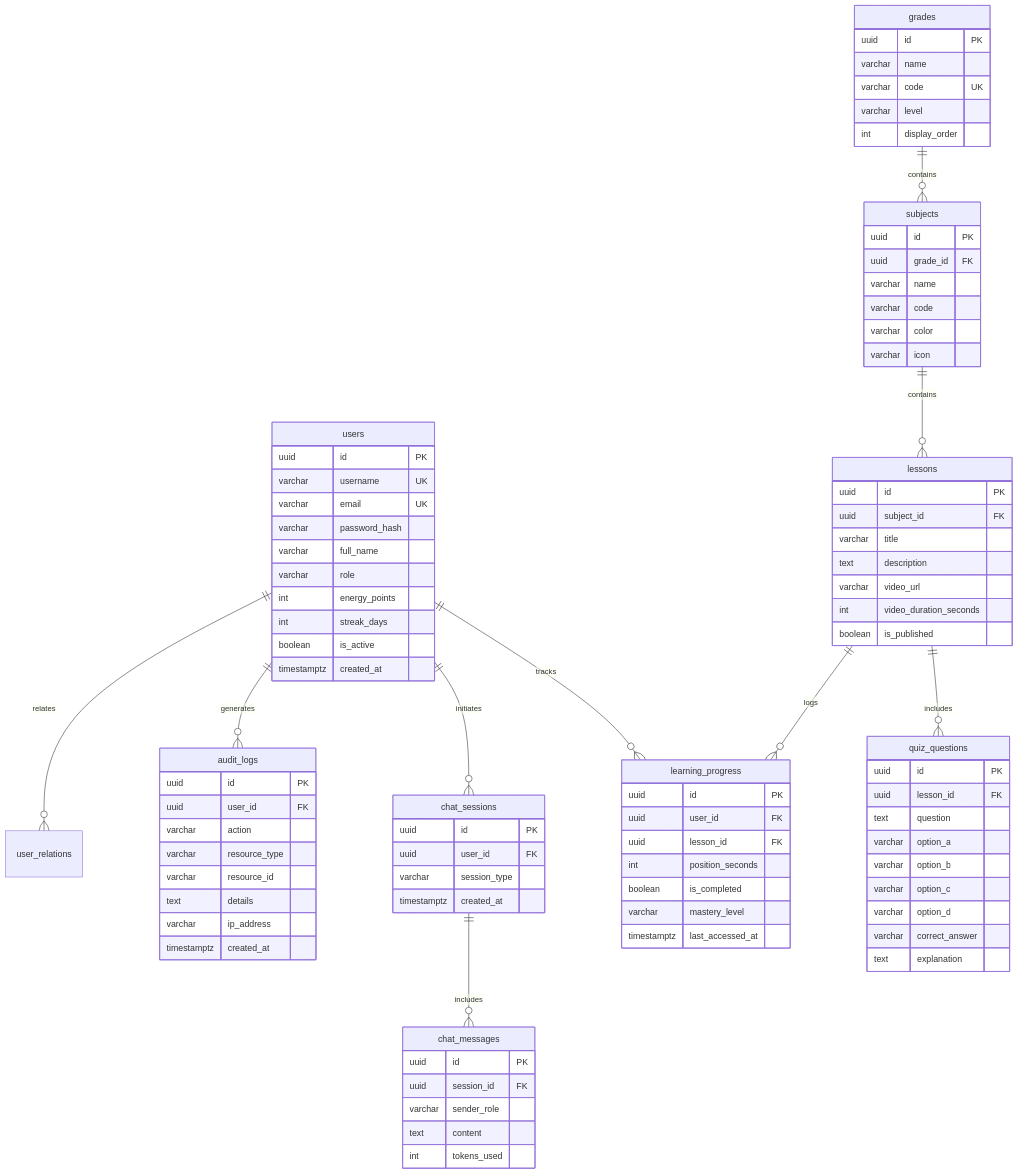
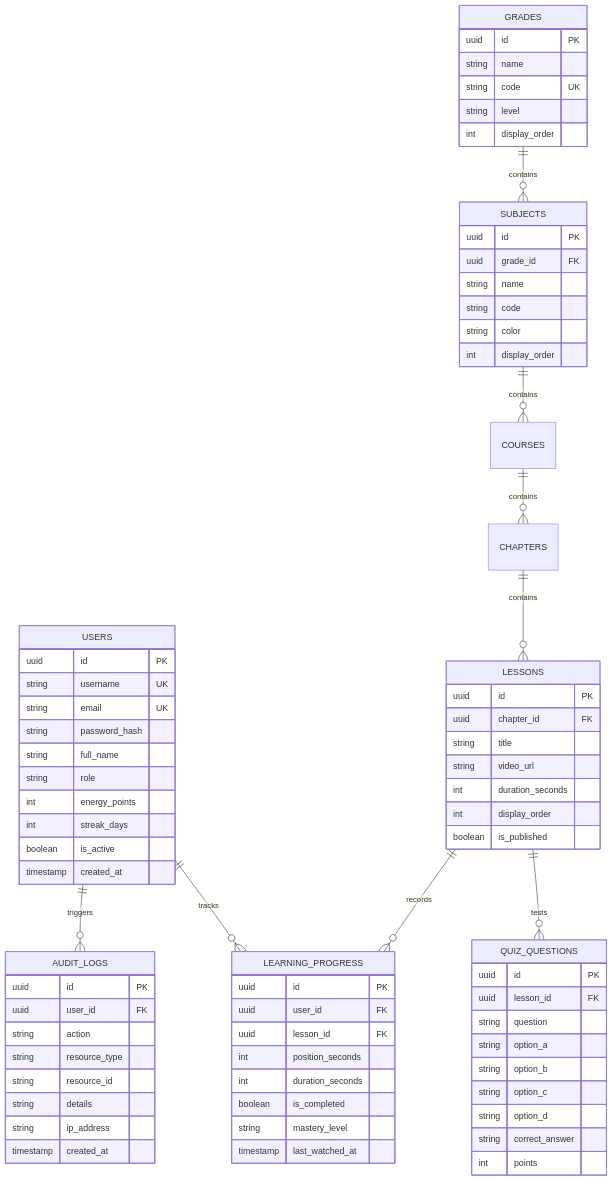
One commit to huywashere/DMKLab-Education changed the third of 3 diagrams in ARCHITECTURE.md. Above: the diagram before and after it, drawn with Mermaid. The commit also changed other lines of this file and 38 other files, not shown here.

````diff
--- a/ARCHITECTURE.md
+++ b/ARCHITECTURE.md
@@ -252,101 +176,85 @@
 ```mermaid
 erDiagram
-    users ||--o{ learning_progress : tracks
-    users ||--o{ chat_sessions : initiates
-    users ||--o{ audit_logs : generates
-    users ||--o{ user_relations : relates
+    USERS ||--o{ LEARNING_PROGRESS : "tracks"
+    USERS ||--o{ AUDIT_LOGS : "triggers"
+    GRADES ||--o{ SUBJECTS : "contains"
+    SUBJECTS ||--o{ COURSES : "contains"
+    COURSES ||--o{ CHAPTERS : "contains"
+    CHAPTERS ||--o{ LESSONS : "contains"
+    LESSONS ||--o{ QUIZ_QUESTIONS : "tests"
+    LESSONS ||--o{ LEARNING_PROGRESS : "records"
 
-    grades ||--o{ subjects : contains
-    subjects ||--o{ lessons : contains
-    lessons ||--o{ quiz_questions : includes
-    lessons ||--o{ learning_progress : logs
-    chat_sessions ||--o{ chat_messages : includes
-
-    users {
+    USERS {
         uuid id PK
-        varchar username UK
-        varchar email UK
-        varchar password_hash
-        varchar full_name
-        varchar role
+        string username UK
+        string email UK
+        string password_hash
+        string full_name
+        string role
         int energy_points
         int streak_days
         boolean is_active
-        timestamptz created_at
+        timestamp created_at
     }
 
-    grades {
+    GRADES {
         uuid id PK
-        varchar name
-        varchar code UK
-        varchar level
+        string name
+        string code UK
+        string level
         int display_order
     }
 
-    subjects {
+    SUBJECTS {
         uuid id PK
         uuid grade_id FK
-        varchar name
-        varchar code
-        varchar color
-        varchar icon
+        string name
+        string code
+        string color
+        int display_order
     }
 
-    lessons {
+    LESSONS {
         uuid id PK
-        uuid subject_id FK
-        varchar title
-        text description
-        varchar video_url
-        int video_duration_seconds
+        uuid chapter_id FK
+        string title
+        string video_url
+        int duration_seconds
+        int display_order
         boolean is_published
     }
 
-    quiz_questions {
+    QUIZ_QUESTIONS {
         uuid id PK
         uuid lesson_id FK
-        text question
-        varchar option_a
-        varchar option_b
-        varchar option_c
-        varchar option_d
-        varchar correct_answer
-        text explanation
+        string question
+        string option_a
+        string option_b
+        string option_c
+        string option_d
+        string correct_answer
+        int points
     }
 
-    learning_progress {
+    LEARNING_PROGRESS {
         uuid id PK
         uuid user_id FK
         uuid lesson_id FK
         int position_seconds
+        int duration_seconds
         boolean is_completed
-        varchar mastery_level
-        timestamptz last_accessed_at
+        string mastery_level
+        timestamp last_watched_at
     }
 
-    chat_sessions {
+    AUDIT_LOGS {
         uuid id PK
         uuid user_id FK
-        varchar session_type
-        timestamptz created_at
-    }
-
-    chat_messages {
-        uuid id PK
-        uuid session_id FK
-        varchar sender_role
-        text content
-        int tokens_used
-    }
-
-    audit_logs {
-        uuid id PK
-        uuid user_id FK
-        varchar action
-        varchar resource_type
-        varchar resource_id
-        text details
-        varchar ip_address
-        timestamptz created_at
+        string action
+        string resource_type
+        string resource_id
+        string details
+        string ip_address
+        timestamp created_at
     }
 ```
````
